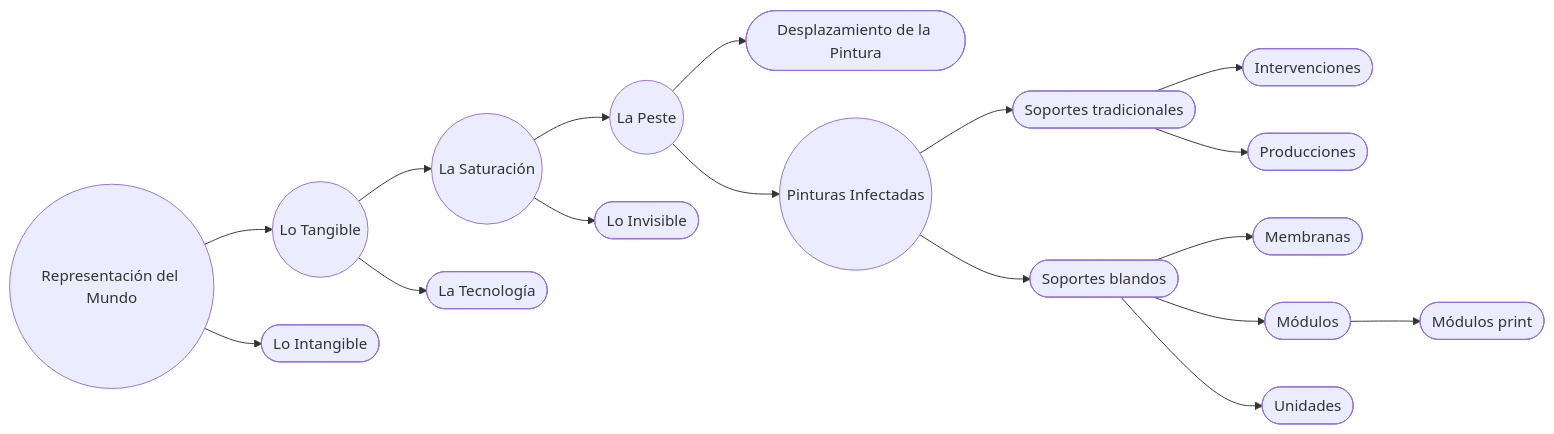
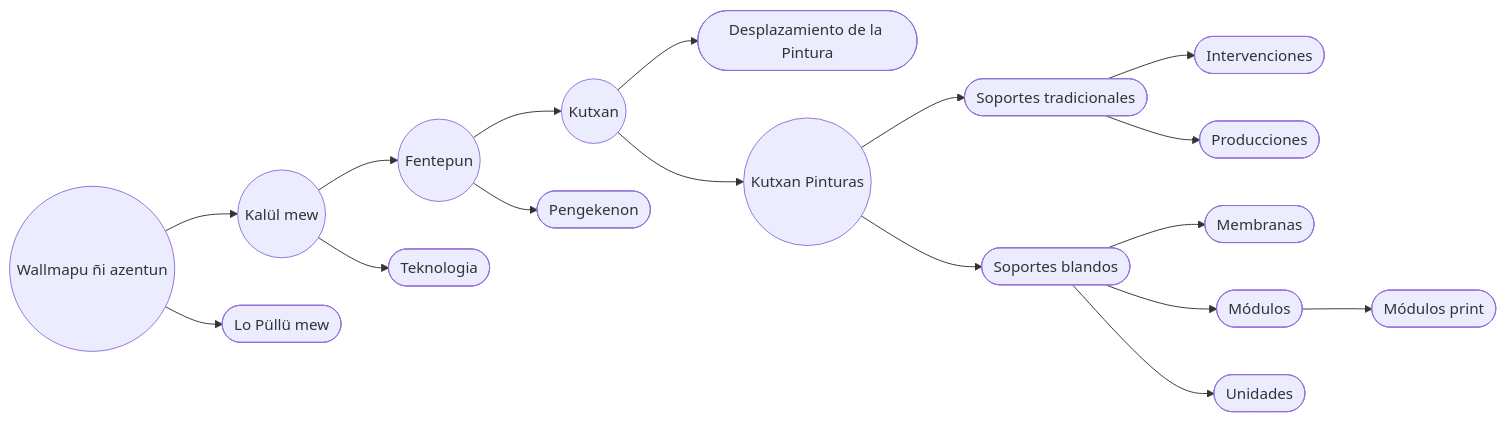
One commit to EGGS-Artesvisuales/EGGS-Artesvisuales.github.io changed the first of 6 diagrams in MPD/peste-pinturas-infectadas.md. Above: the diagram before and after it, drawn with Mermaid. The commit also changed other lines of this file and 43 other files, not shown here.

```diff
--- a/MPD/peste-pinturas-infectadas.md
+++ b/MPD/peste-pinturas-infectadas.md
@@ -46,69 +46,69 @@
 <div class="mermaid">
 flowchart LR
-  RM((Representación del Mundo))
-  LT((Lo Tangible))
-  Z2([Lo Intangible])
+  RM((Wallmapu ñi azentun))
+  LT((Kalül mew))
+  Z2([Lo Püllü mew])
 
-  LS((La Saturación))
-  LTec([La Tecnología])
-  LP((La Peste))
-  LI([Lo Invisible])
+  LS((Fentepun))
+  LTec([Teknologia])
+  LP((Kutxan))
+  LI([Pengekenon])
   DP([Desplazamiento de la Pintura])
 
-  PI((Pinturas Infectadas))
+  PI((Kutxan Pinturas))
   ST([Soportes tradicionales])
   SB([Soportes blandos])
 
   INT([Intervenciones])
   PROD([Producciones])
 
   MEM([Membranas])
   MOD([Módulos])
   MODP([Módulos print])
   UNI([Unidades])
 
   RM --> LT
   RM --> Z2
 
   LT --> LS
   LT --> LTec
 
   LS --> LP
   LS --> LI
 
   LP --> DP
   LP --> PI
 
   PI --> ST
   PI --> SB
 
   ST --> INT
   ST --> PROD
 
   SB --> MEM
   SB --> MOD
   MOD --> MODP
   SB --> UNI
 
-  click RM "/MPD/mundo-exterior.html" "Ver Representación del Mundo"
-  click LT "/MPD/tangible.html" "Ver Lo Tangible"
-  click Z2 "/MPD/intangible.html" "Ver Lo Intangible"
+  click RM "/MPD/mundo-exterior.html" "Ver Wallmapu ñi azentun"
+  click LT "/MPD/tangible.html" "Ver Kalül mew"
+  click Z2 "/MPD/intangible.html" "Ver Lo Püllü mew"
 
-  click LS "/MPD/saturacion.html" "Ver La Saturación"
-  click LTec "/MPD/en-construccion.html" "Ver La Tecnología"
-  click LP "/MPD/la-peste.html" "Ver La Peste"
-  click LI "/MPD/lo-invisible.html" "Ver Lo Invisible"
+  click LS "/MPD/saturacion.html" "Ver Fentepun"
+  click LTec "/MPD/en-construccion.html" "Ver Teknologia"
+  click LP "/MPD/la-peste.html" "Ver Kutxan"
+  click LI "/MPD/lo-invisible.html" "Ver Pengekenon"
   click DP "/MPD/desplazamiento-pintura.html" "Ver Desplazamiento de la Pintura"
 
-  click PI "/MPD/peste-pinturas-infectadas.html" "Ver Pinturas Infectadas"
+  click PI "/MPD/peste-pinturas-infectadas.html" "Ver Kutxan Pinturas"
 
   click ST "#soportes-tradicionales" "Ir a Soportes tradicionales"
   click INT "#intervenciones" "Ir a Intervenciones"
   click PROD "#producciones" "Ir a Producciones"
 
   click SB "#soportes-blandos" "Ir a Soportes blandos"
   click MEM "#membranas" "Ir a Membranas"
   click MOD "#modulos" "Ir a Módulos"
   click MODP "#modulos-prints" "Ir a Módulos print"
   click UNI "#unidades" "Ir a Unidades"
 </div>
```
